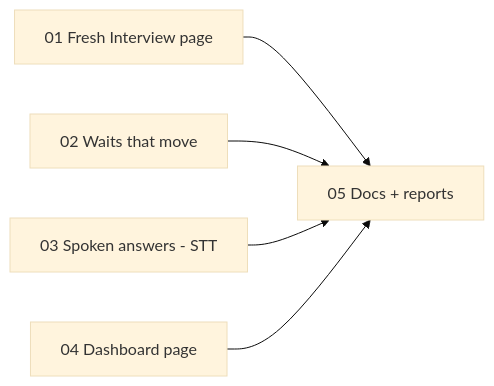
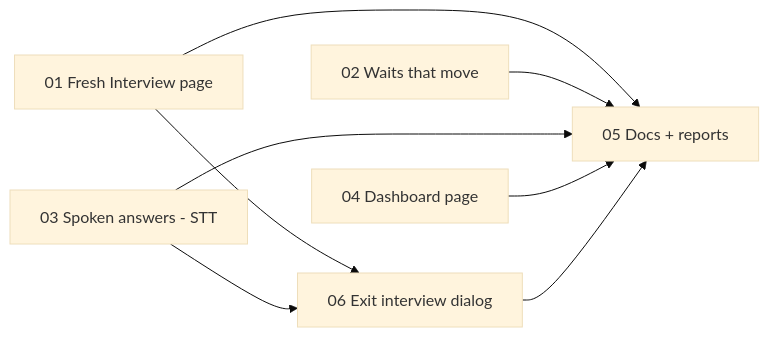
One commit to JinhoKim46/TC_AE_Sprint1_Interview_helper changed the diagram in docs/specs/2026-10-05-spoken-answers-dashboard/tickets/README.md. Above: the diagram before and after it, drawn with Mermaid (base theme). The commit also changed other lines of this file and 10 other files, not shown here.

First line of the commit message:
feat: Exit interview dialog, hidden navigation and leave-site prompt (#58)

````diff
--- a/docs/specs/2026-10-05-spoken-answers-dashboard/tickets/README.md
+++ b/docs/specs/2026-10-05-spoken-answers-dashboard/tickets/README.md
@@ -5,7 +5,10 @@
 ```mermaid
 graph LR
   01[01 Fresh Interview page] --> 05[05 Docs + reports]
   02[02 Waits that move] --> 05
   03[03 Spoken answers - STT] --> 05
   04[04 Dashboard page] --> 05
+  01 --> 06[06 Exit interview dialog]
+  03 --> 06
+  06 --> 05
 ```
````
